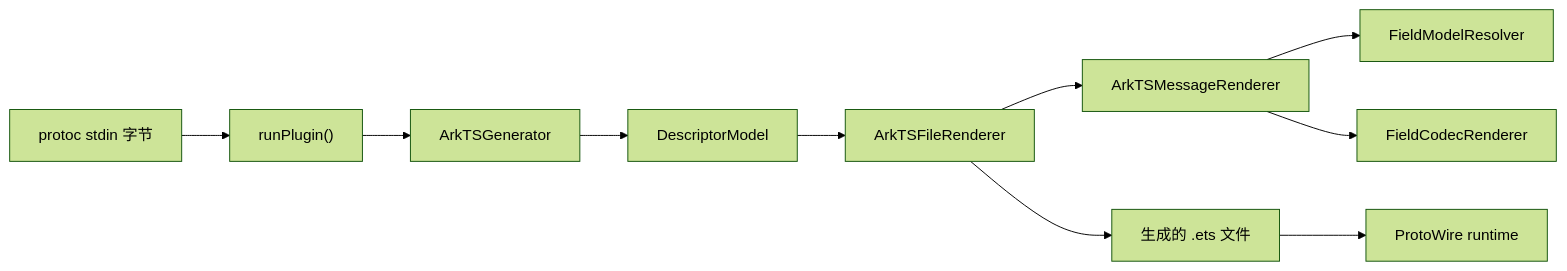
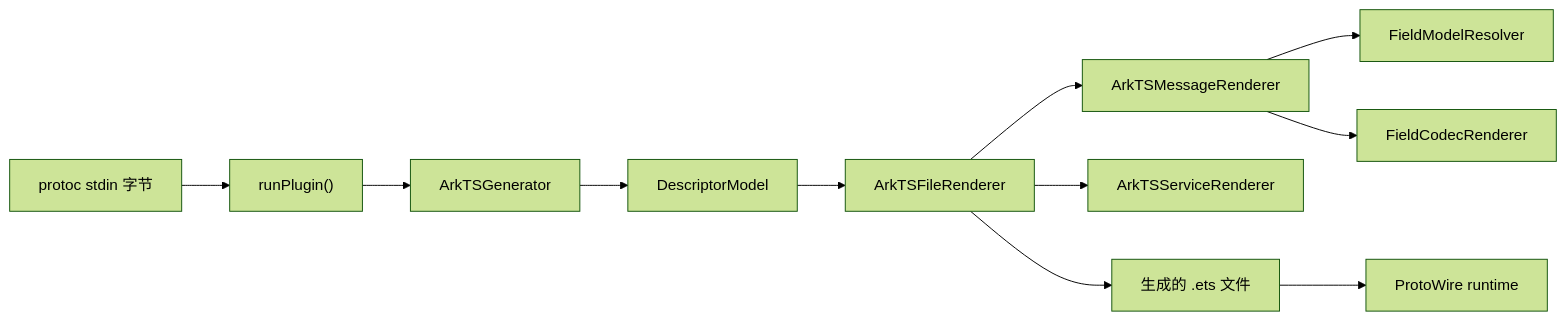
The diagram in docs/architecture.md (evilwk/protoc-gen-arkts), drawn with Mermaid (forest theme) before and after one commit. The commit also changed other lines of this file and 16 other files, not shown here.

````diff
--- a/docs/architecture.md
+++ b/docs/architecture.md
@@ -9,12 +9,13 @@
 ```mermaid
 flowchart LR
   A["protoc stdin 字节"] --> B["runPlugin()"]
   B --> C["ArkTSGenerator"]
   C --> D["DescriptorModel"]
   D --> E["ArkTSFileRenderer"]
   E --> F["ArkTSMessageRenderer"]
   F --> G["FieldModelResolver"]
   F --> H["FieldCodecRenderer"]
+  E --> K["ArkTSServiceRenderer"]
   E --> I["生成的 .ets 文件"]
   I --> J["ProtoWire runtime"]
 ```
````
